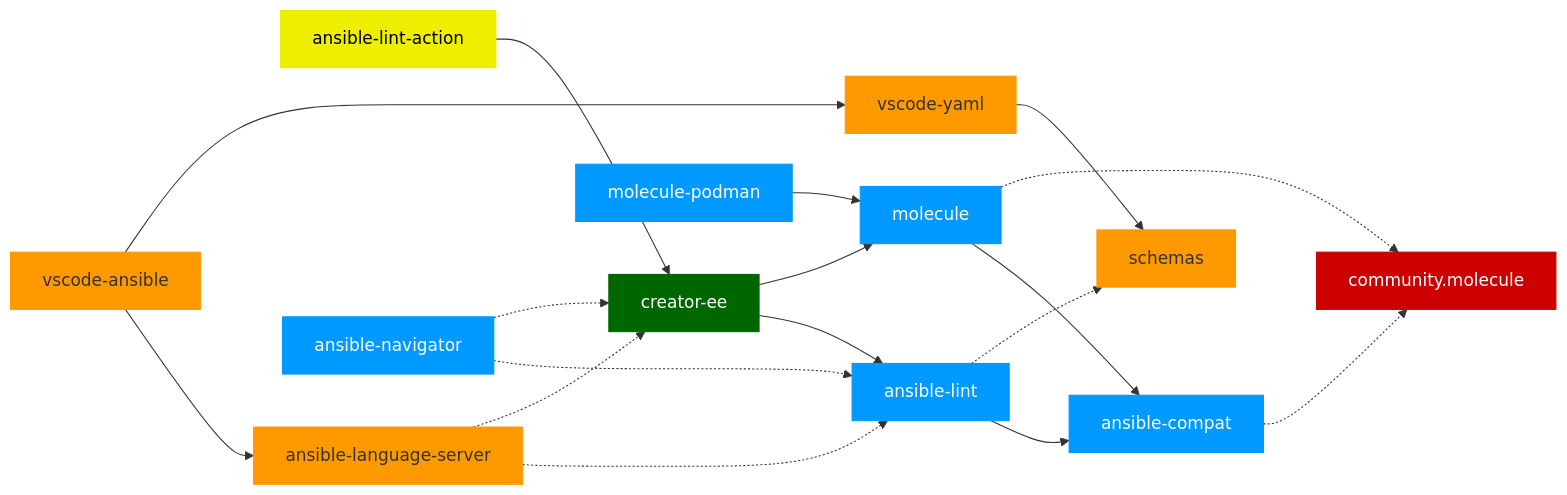
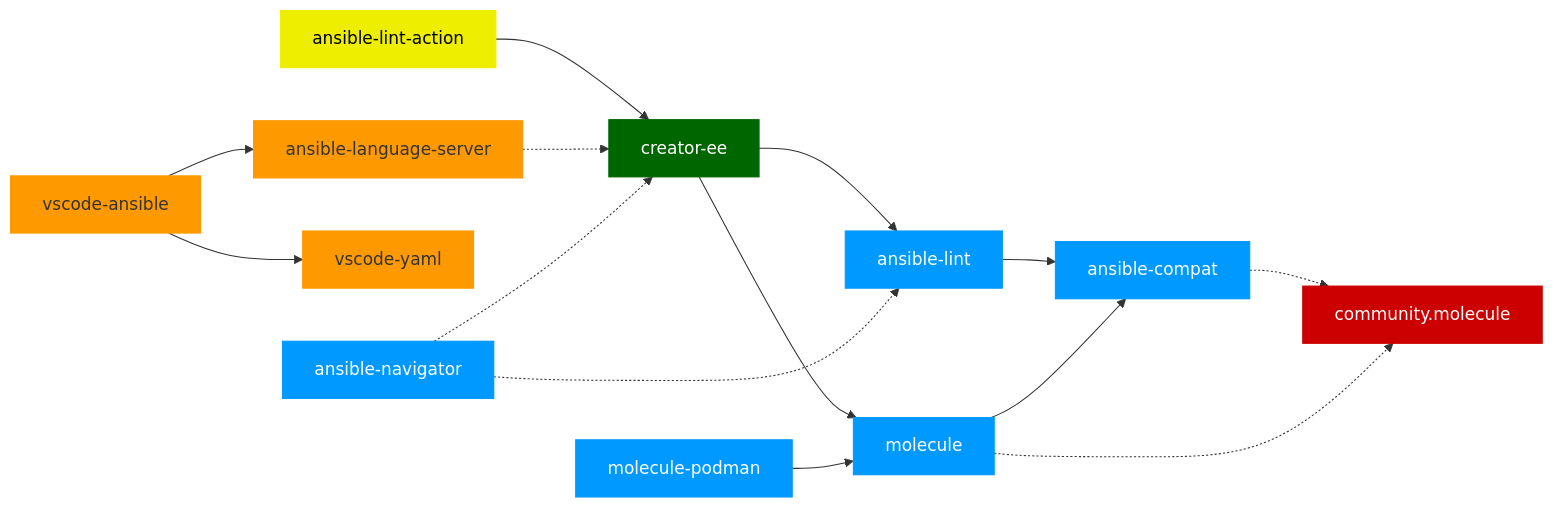
One commit to ansible/team-devtools changed the first of 2 diagrams in README.md. Above: the diagram before and after it, drawn with Mermaid.

````diff
--- a/README.md
+++ b/README.md
@@ -7,52 +7,47 @@
 ```mermaid
 graph LR;
 
   classDef tsclass fill:#f90,stroke:#f90,color:#333;
   classDef containerclass fill:#060,stroke:#060,color:#fff;
   classDef thirdpartyclass fill:#9f6,stroke:#9f6,color:#333;
   classDef collectionclass fill:#c00,stroke:#c00,color:#fff;
   classDef pyclass fill:#09f,stroke:#09f,color:#fff;
   classDef ghaclass fill:#ee0,stroke:#ee0,color:#000;
 
 
   ansible-lint-action --> creator-ee;
   creator-ee --> ansible-lint;
 
   ansible-lint --> ansible-compat;
   ansible-compat -.-> community.molecule;
   molecule --> ansible-compat;
   molecule -.-> community.molecule:::collectionclass;
   creator-ee:::containerclass --> molecule;
   vscode-ansible:::tsclass --> ansible-language-server;
 vscode-ansible:::tsclass --> vscode-yaml;
-  ansible-language-server:::typescriptclass -.-> ansible-lint;
   ansible-language-server -.-> creator-ee;
 
   molecule-podman --> molecule;
-  vscode-yaml --> schemas:::typescriptclass;
-  ansible-lint -.-> schemas;
   ansible-navigator -.-> ansible-lint;
   ansible-navigator -.-> creator-ee;
 
  ansible-lint:::pyclass;
  ansible-compat:::pyclass;
  molecule:::pyclass;
  molecule-podman:::pyclass;
  ansible-navigator:::pyclass;
  ansible-language-server:::tsclass;
  vscode-yaml:::tsclass;
- schemas:::tsclass;
  ansible-lint-action:::ghaclass;
  click ansible-lint-action href "https://github.com/ansible-community/ansible-lint-action"
  click community.molecule "https://github.com/ansible-collections/community.molecule"
  click molecule href "https://github.com/ansible-community/molecule"
  click molecule-podman href "https://github.com/ansible-community/molecule-podman"
- click schemas href "https://github.com/ansible-community/schemas"
  click creator-ee href "https://github.com/ansible/creator-ee"
  click ansible-lint href "https://github.com/ansible/ansible-lint"
  click ansible-compat href "https://github.com/ansible/ansible-compat"
  click ansible-navigator href "https://github.com/ansible/ansible-navigator"
  click ansible-language-server href "https://github.com/ansible/ansible-language-server"
  click vscode-ansible href "https://github.com/ansible/vscode-ansible"
  click vscode-yaml href "https://github.com/redhat-developer/vscode-yaml"
 ```
````
